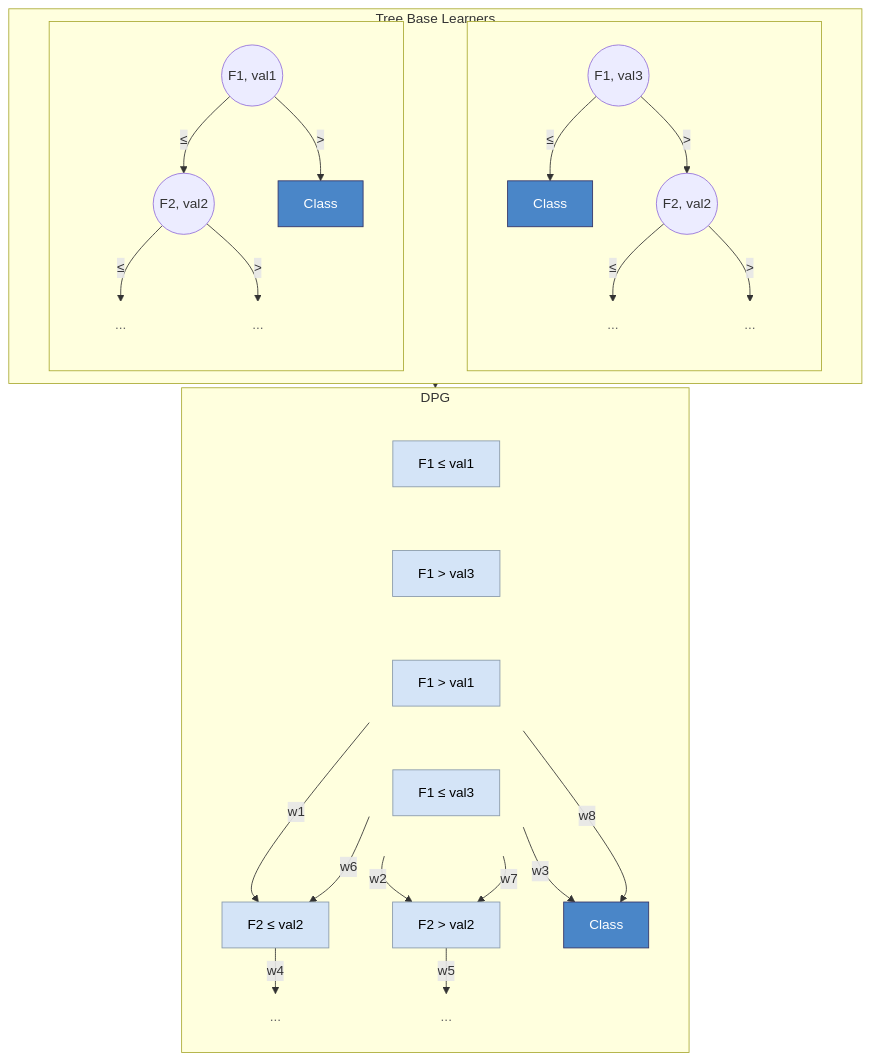
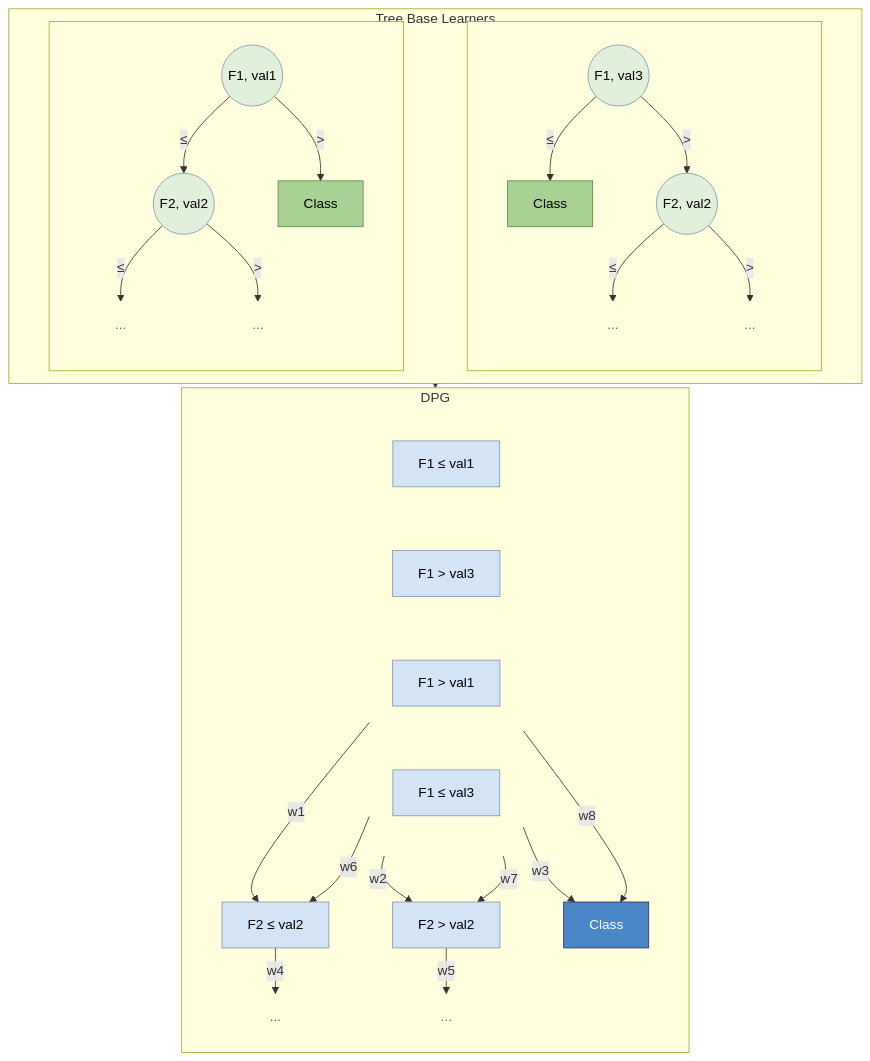
Before and after one commit to Meta-Group/DPG: the diagram in README.md, drawn with Mermaid.

Commit message:
Change diagram node styles

```diff
--- a/README.md
+++ b/README.md
@@ -89,8 +89,12 @@
     end
 
     style f1line fill:transparent,stroke:transparent,color:transparent
-    style T1C fill:#4a86c8,color:#fff,stroke:#336
-    style T2C fill:#4a86c8,color:#fff,stroke:#336
+    style T1C fill:#a7d294,color:#000,stroke:#5a8a4a
+    style T2C fill:#a7d294,color:#000,stroke:#5a8a4a
+    style T1R fill:#e1f0db,color:#000,stroke:#89a
+    style T1L fill:#e1f0db,color:#000,stroke:#89a
+    style T2R fill:#e1f0db,color:#000,stroke:#89a
+    style T2L fill:#e1f0db,color:#000,stroke:#89a
     style G fill:#4a86c8,color:#fff,stroke:#336
     style A fill:#d4e4f7,color:#000,stroke:#89a
     style B fill:#d4e4f7,color:#000,stroke:#89a
```
